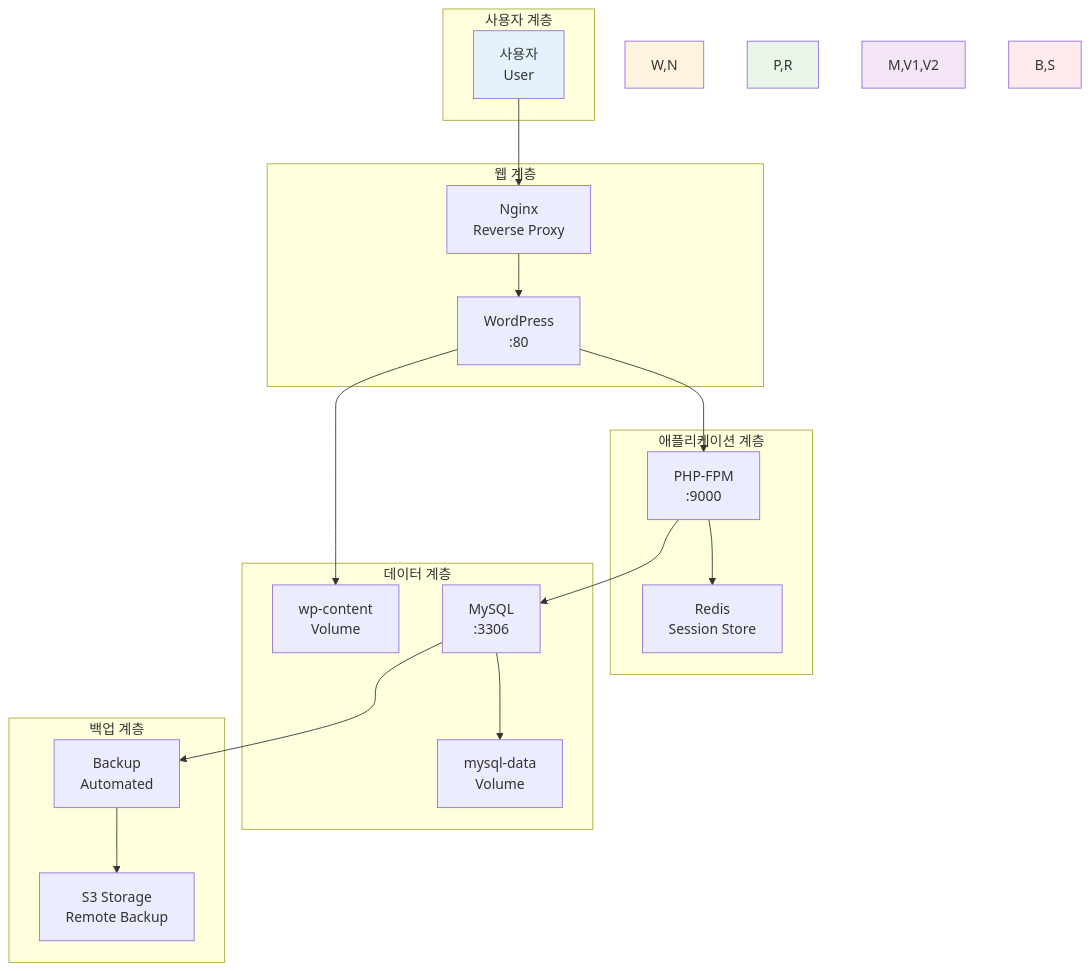
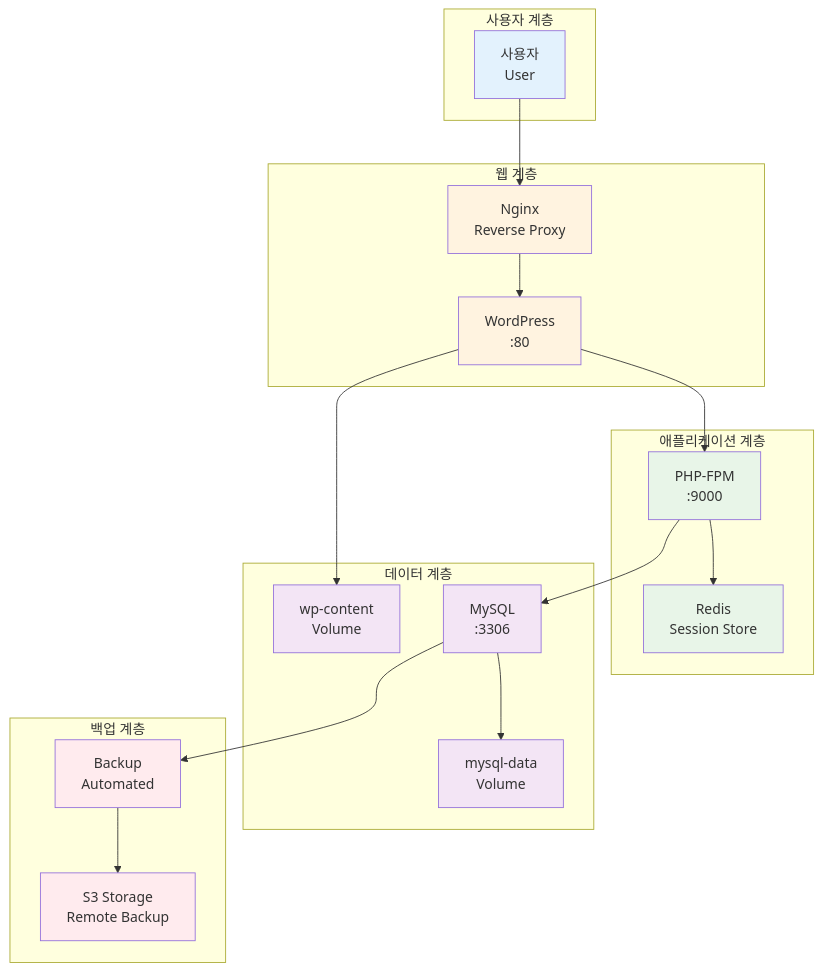
The diagram in theory/week_02/day2/lab_1.md (niceguy61/kdt_devops_lecture_2025), drawn with Mermaid before and after one commit. The commit also changed 63 other files, not shown here.

````diff
--- a/theory/week_02/day2/lab_1.md
+++ b/theory/week_02/day2/lab_1.md
@@ -29,43 +29,48 @@
 ```mermaid
 graph TB
     subgraph "사용자 계층"
         U[사용자<br/>User]
     end
     
     subgraph "웹 계층"
         W[WordPress<br/>:80]
         N[Nginx<br/>Reverse Proxy]
     end
     
     subgraph "애플리케이션 계층"
         P[PHP-FPM<br/>:9000]
         R[Redis<br/>Session Store]
     end
     
     subgraph "데이터 계층"
         M[MySQL<br/>:3306]
         V1[wp-content<br/>Volume]
         V2[mysql-data<br/>Volume]
     end
     
     subgraph "백업 계층"
         B[Backup<br/>Automated]
         S[S3 Storage<br/>Remote Backup]
     end
     
     U --> N
     N --> W
     W --> P
     P --> R
     P --> M
     W --> V1
     M --> V2
     M --> B
     B --> S
     
     style U fill:#e3f2fd
-    style W,N fill:#fff3e0
-    style P,R fill:#e8f5e8
-    style M,V1,V2 fill:#f3e5f5
-    style B,S fill:#ffebee
+    style W fill:#fff3e0
+    style N fill:#fff3e0
+    style P fill:#e8f5e8
+    style R fill:#e8f5e8
+    style M fill:#f3e5f5
+    style V1 fill:#f3e5f5
+    style V2 fill:#f3e5f5
+    style B fill:#ffebee
+    style S fill:#ffebee
 ```
````
